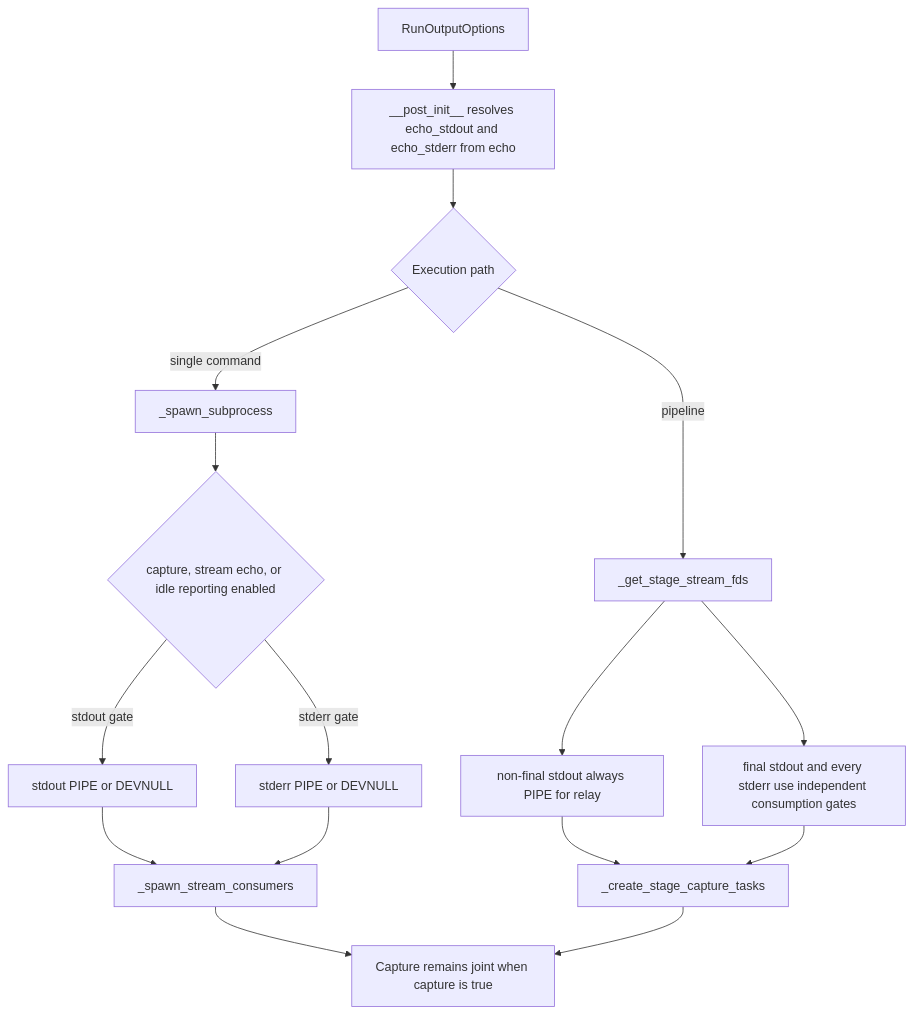
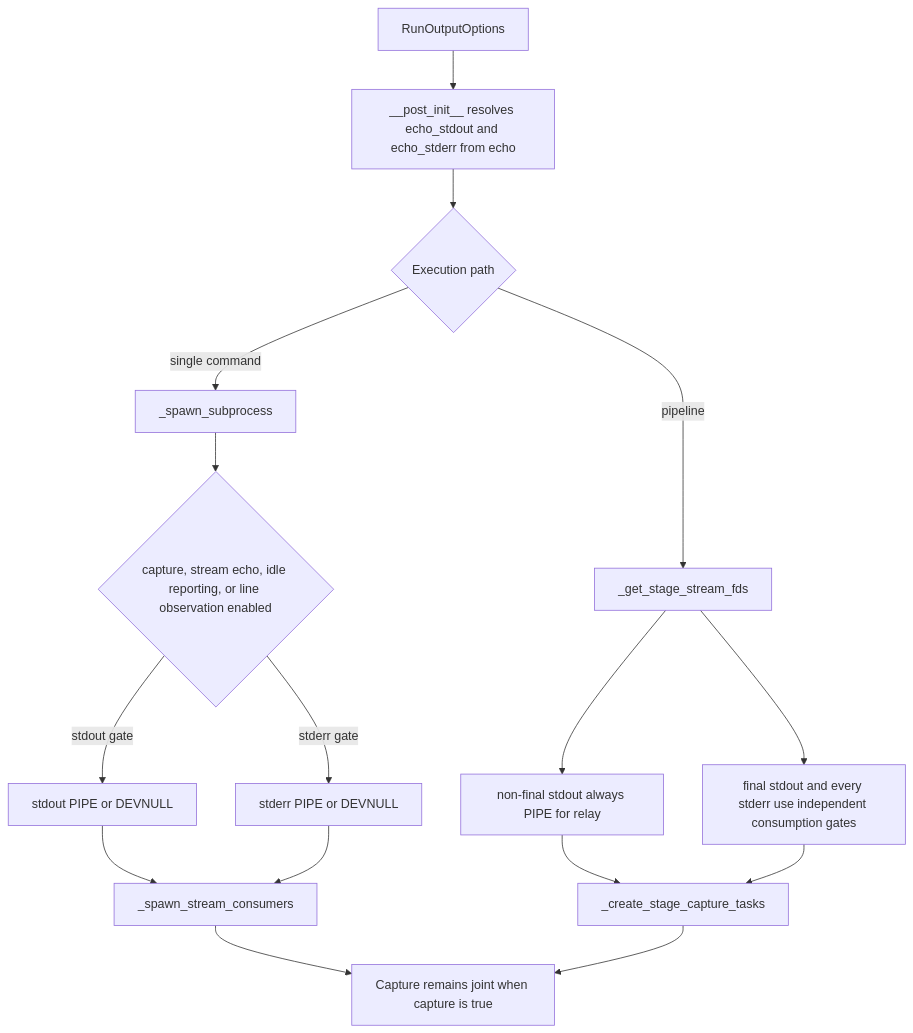
One commit to leynos/cuprum changed the second of 16 diagrams in docs/cuprum-design.md. Above: the diagram before and after it, drawn with Mermaid. The commit also changed other lines of this file and 39 other files, not shown here.

````diff
--- a/docs/cuprum-design.md
+++ b/docs/cuprum-design.md
@@ -1053,18 +1074,18 @@
 ```mermaid
 flowchart TD
     A[RunOutputOptions] --> B[__post_init__ resolves echo_stdout and echo_stderr from echo]
     B --> C{Execution path}
     C -->|single command| D[_spawn_subprocess]
     C -->|pipeline| E[_get_stage_stream_fds]
-    D --> F{capture, stream echo, or idle reporting enabled}
+    D --> F{capture, stream echo, idle reporting, or line observation enabled}
     F -->|stdout gate| G[stdout PIPE or DEVNULL]
     F -->|stderr gate| H[stderr PIPE or DEVNULL]
     G --> I[_spawn_stream_consumers]
     H --> I
     E --> J[non-final stdout always PIPE for relay]
     E --> K[final stdout and every stderr use independent consumption gates]
     J --> L[_create_stage_capture_tasks]
     K --> L
     I --> M[Capture remains joint when capture is true]
     L --> M
 ```
````
